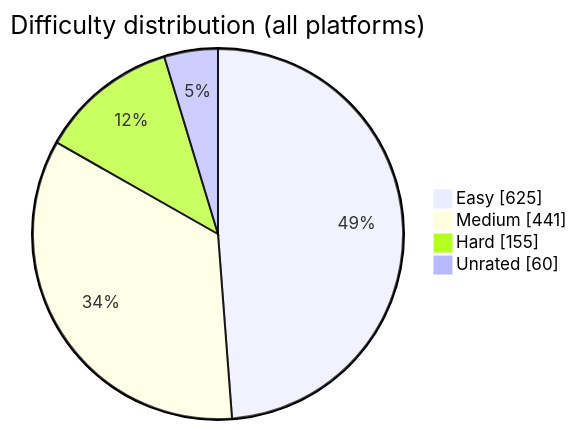
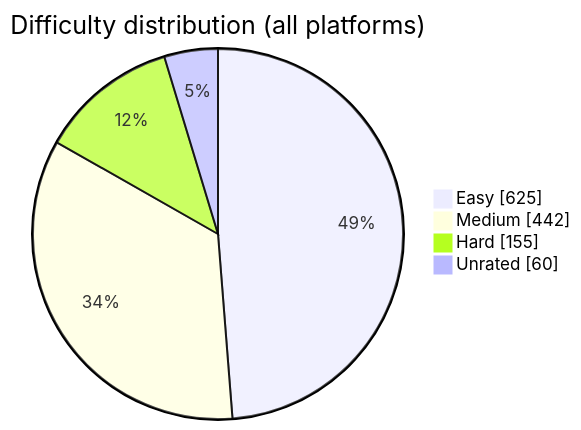
Before and after one commit to BuildbyArindam/Daily-Coding-Log: the diagram in README.md, drawn with Mermaid. The commit also changed other lines of this file, not shown here.

````diff
--- a/README.md
+++ b/README.md
@@ -93,7 +93,7 @@
 ```mermaid
 pie showData title Difficulty distribution (all platforms)
     "Easy" : 625
-    "Medium" : 441
+    "Medium" : 442
     "Hard" : 155
     "Unrated" : 60
 ```
````
